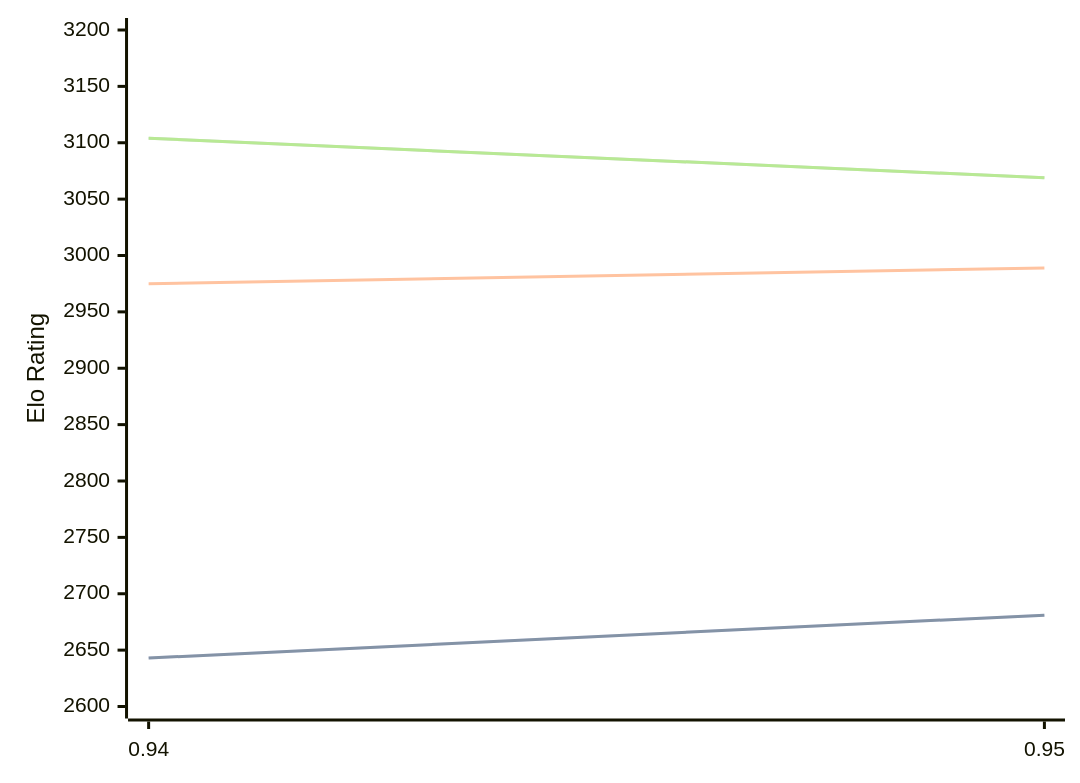
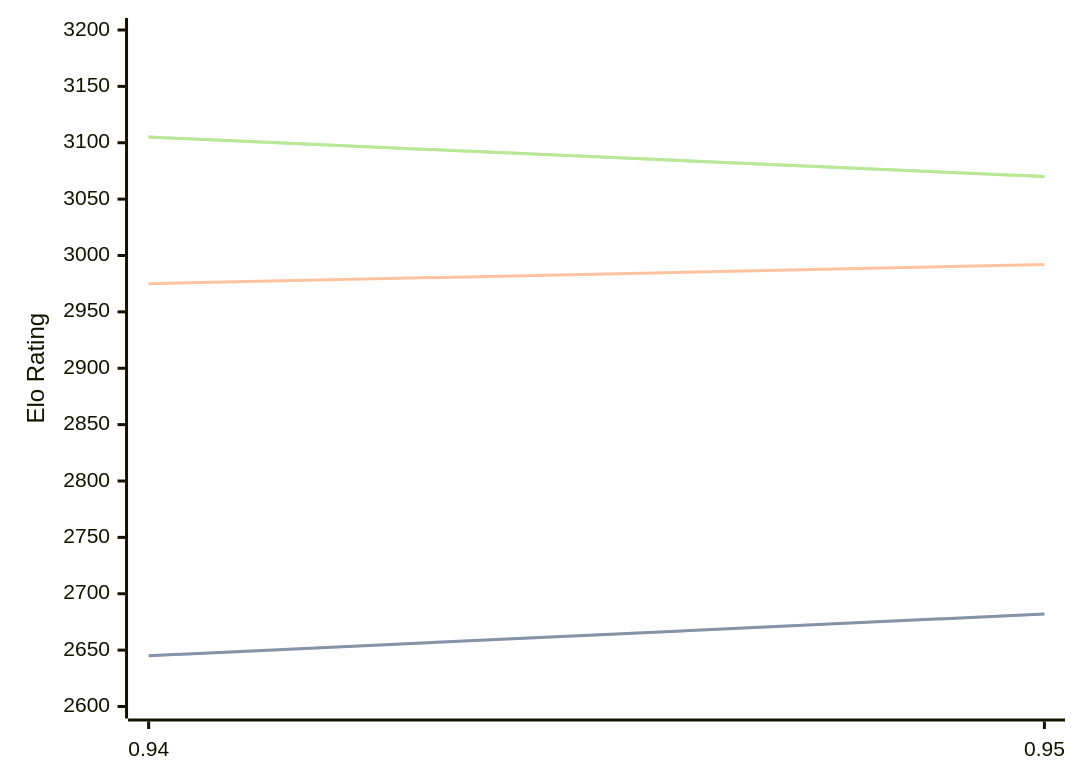
One commit to computer-chess-index/cci changed the diagram in engines/Myrddin.md. Above: the diagram before and after it, drawn with Mermaid. The commit also changed other lines of this file, not shown here.

Commit message:
Update CCI Ratings (ELO VLTC) - 2026-05-04

````diff
--- a/engines/Myrddin.md
+++ b/engines/Myrddin.md
@@ -37,11 +37,11 @@
 ```mermaid
 %%{init: {"theme":"base","themeVariables":{"seriesColors:['#a3a3a3','#222221','#faa371']}}}%%
 xychart-beta
   x-axis ["0.94", "0.95"]
   y-axis "Elo Rating" 2600 --> 3200
-  line "STC (8.0+0.08s)" [2643, 2681]
-  line "STC (8.0+0.08s)" [2643, 2681]
-  line "LTC (60.0+0.60s)" [2975, 2989]
-  line "VLTC (2m24s+1.12s)" [3104, 3069]
-  line "VLTC (2m24s+1.12s)" [3104, 3069]
+  line "STC (8.0+0.08s)" [2645, 2682]
+  line "STC (8.0+0.08s)" [2645, 2682]
+  line "LTC (60.0+0.60s)" [2975, 2992]
+  line "VLTC (2m24s+1.12s)" [3105, 3070]
+  line "VLTC (2m24s+1.12s)" [3105, 3070]
 ```
````
